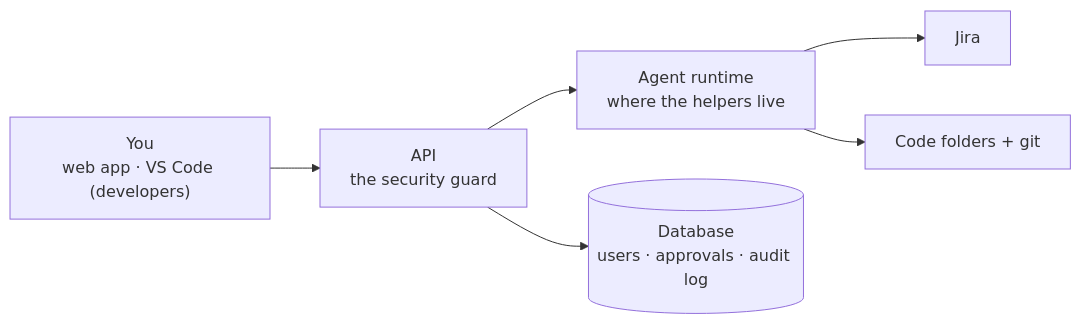
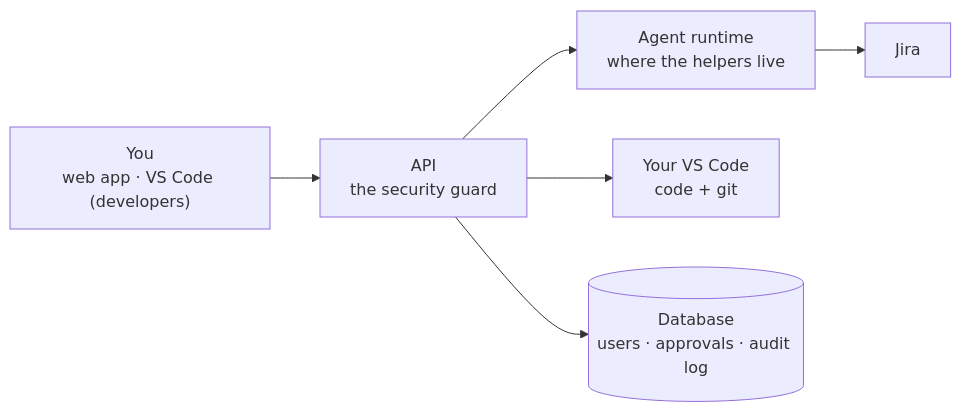
One commit to HasithaErandika/aura changed the second of 3 diagrams in docs/story.md. Above: the diagram before and after it, drawn with Mermaid. The commit also changed other lines of this file and 18 other files, not shown here.

````diff
--- a/docs/story.md
+++ b/docs/story.md
@@ -48,8 +50,8 @@
 ```mermaid
 flowchart LR
     YOU["You<br/>web app · VS Code (developers)"] --> API["API<br/>the security guard"]
     API --> RT["Agent runtime<br/>where the helpers live"]
     RT --> JIRA["Jira"]
-    RT --> CODE["Code folders + git"]
+    API --> VS["Your VS Code<br/>code + git"]
     API --> DB[("Database<br/>users · approvals · audit log")]
 ```
````
